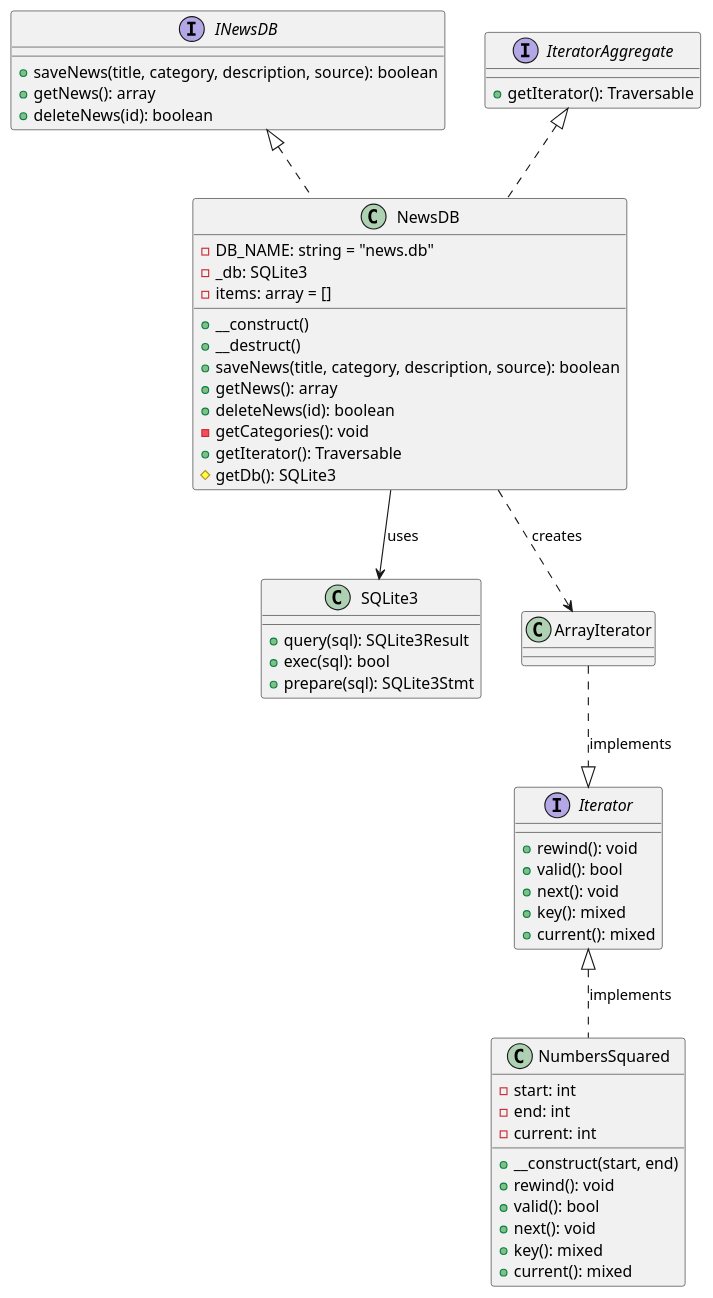
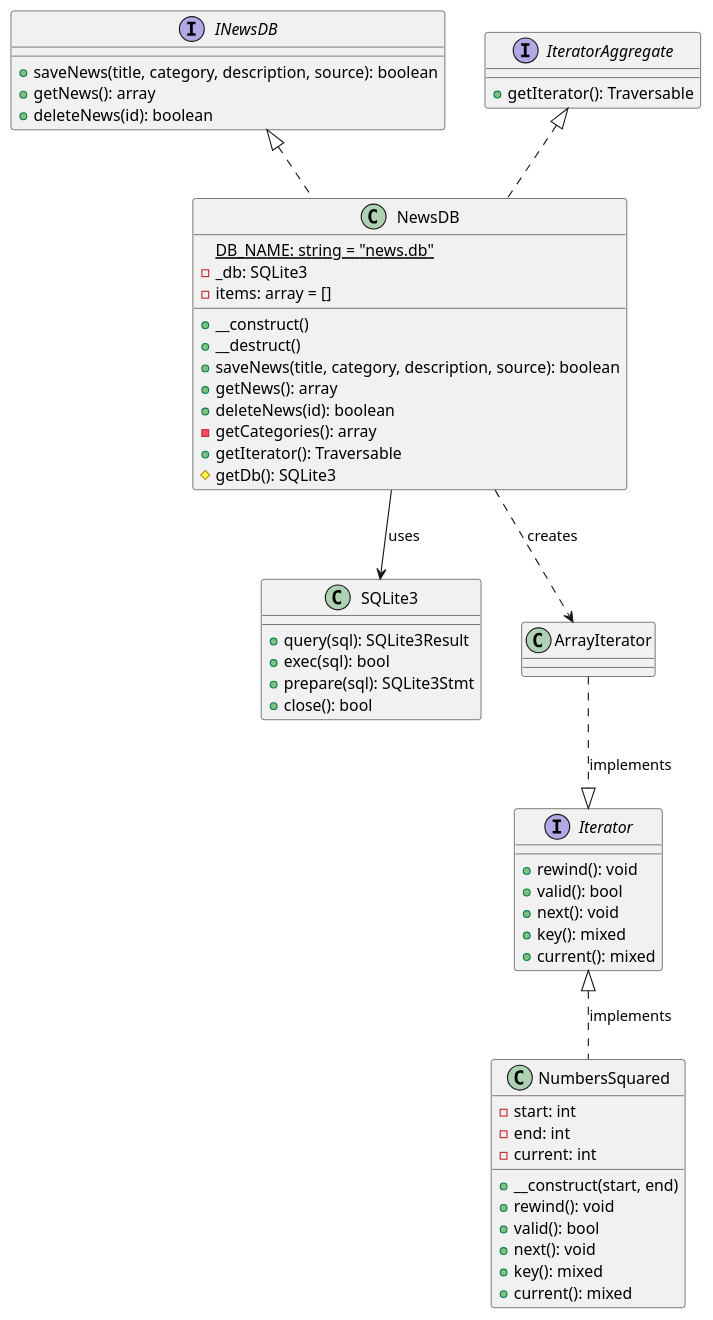
One commit to KapustinaLera/web changed the diagram in lab4/lab4.puml. Above: the diagram before and after it, drawn with PlantUML.

```diff
--- a/lab4/lab4.puml
+++ b/lab4/lab4.puml
@@ -1,63 +1,64 @@
 @startuml
 interface INewsDB {
   +saveNews(title, category, description, source): boolean
   +getNews(): array
   +deleteNews(id): boolean
 }
 
 interface IteratorAggregate {
   +getIterator(): Traversable
 }
 
 class NewsDB {
-  -DB_NAME: string = "news.db"
+  {static} DB_NAME: string = "news.db"
   -_db: SQLite3
   -items: array = []
   +__construct()
   +__destruct()
   +saveNews(title, category, description, source): boolean
   +getNews(): array
   +deleteNews(id): boolean
-  -getCategories(): void
+  -getCategories(): array
   +getIterator(): Traversable
   #getDb(): SQLite3
 }
 
 class SQLite3 {
   +query(sql): SQLite3Result
   +exec(sql): bool
   +prepare(sql): SQLite3Stmt
+  +close(): bool
 }
 
 INewsDB <|.. NewsDB
 IteratorAggregate <|.. NewsDB
 NewsDB --> SQLite3 : uses
 
 interface Iterator {
   +rewind(): void
   +valid(): bool
   +next(): void
   +key(): mixed
   +current(): mixed
 }
 
 class NumbersSquared {
   -start: int
   -end: int
   -current: int
   +__construct(start, end)
   +rewind(): void
   +valid(): bool
   +next(): void
   +key(): mixed
   +current(): mixed
 }
 
 class ArrayIterator
 
 ' Связи
 Iterator <|.. NumbersSquared : implements
 ArrayIterator ..|> Iterator : implements
 NewsDB ..> ArrayIterator : creates
 
 @enduml
```
